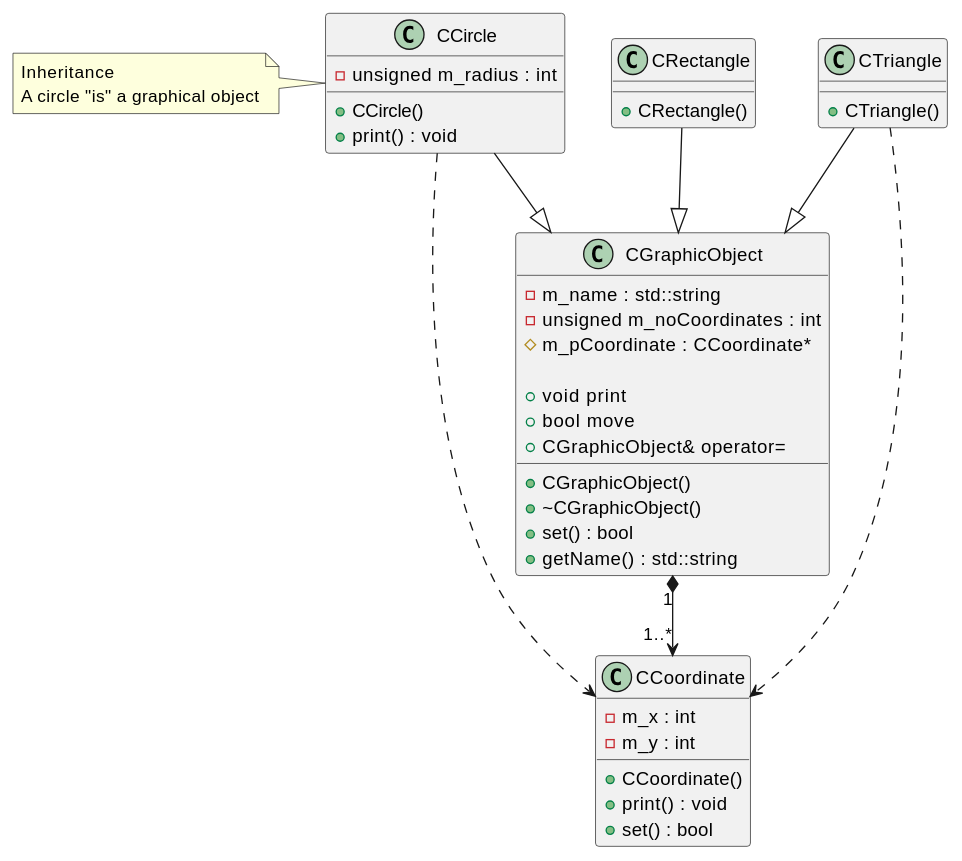
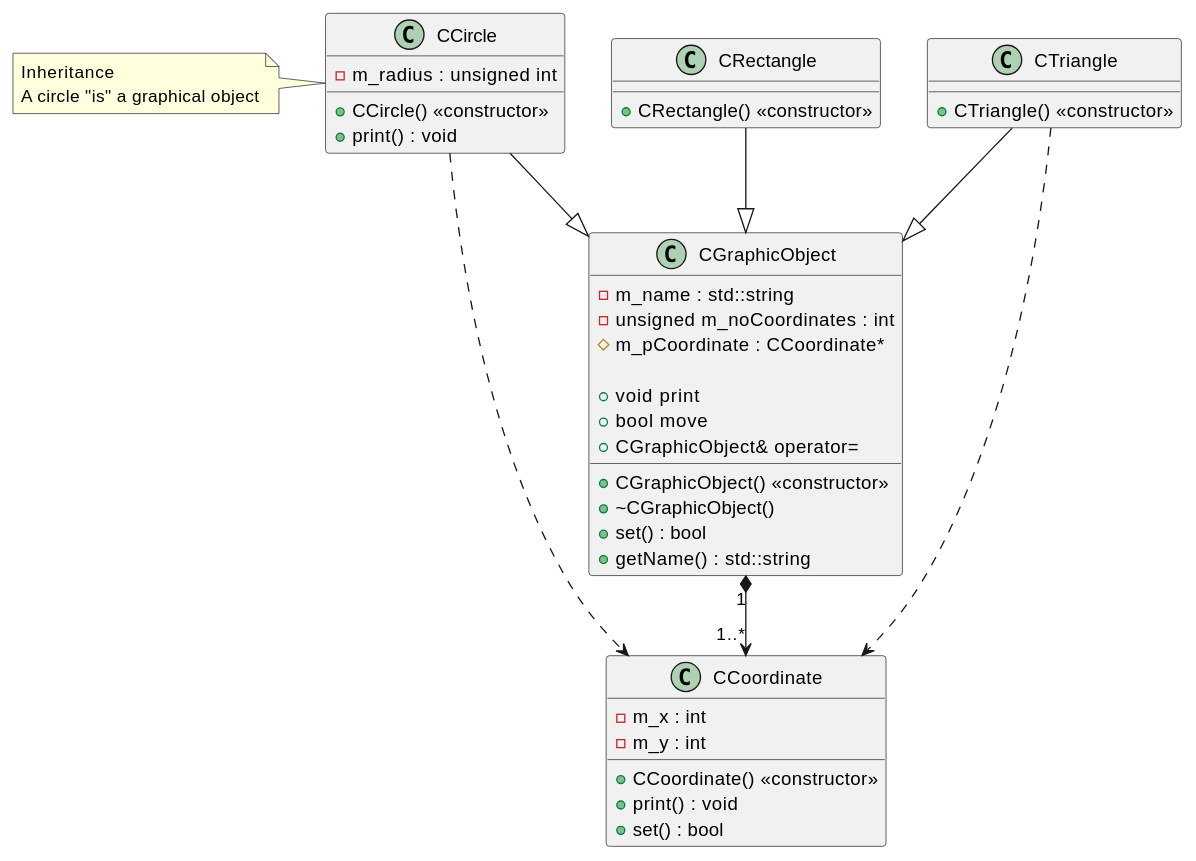
One commit to Alexander-Wilms/Advanced-Programming-Techniques changed diagram 26 of 42 in UML diagrams.md. Above: the diagram before and after it, drawn with PlantUML. The commit also changed other lines of this file and 35 other files, not shown here.

Commit message:
Further work on 'UML diagrams.md'

````diff
--- a/UML diagrams.md
+++ b/UML diagrams.md
@@ -1318,48 +1357,49 @@
 ```plantuml
 @startuml
 class CCircle {
- 	- unsigned m_radius : int
- 	+ CCircle()
+ 	-m_radius : unsigned int
+
+ 	+ CCircle() <<constructor>>
  	+ print() : void
 }
 class CRectangle {
- 	+ CRectangle()
+ 	+ CRectangle() <<constructor>>
 }
 class CTriangle {
- 	+ CTriangle()
+ 	+ CTriangle() <<constructor>>
 }
 class CGraphicObject {
  	- m_name : std::string
  	- unsigned m_noCoordinates : int
  	# m_pCoordinate : CCoordinate* 
 
- 	+ CGraphicObject()
+ 	+ CGraphicObject() <<constructor>>
  	+ ~CGraphicObject()
  	+ set() : bool
  	+ void print
  	+ bool move
  	+ CGraphicObject& operator=
  	+ getName() : std::string
 }
 class CCoordinate {
  	- m_x : int
  	- m_y : int
 
- 	+ CCoordinate()
+ 	+ CCoordinate() <<constructor>>
  	+ print() : void
  	+ set() : bool 	
 }
 
 CCircle --|> CGraphicObject
 CRectangle --|> CGraphicObject
 CTriangle --|> CGraphicObject
 
 CCircle ..> CCoordinate
 CTriangle ..> CCoordinate
 
 CGraphicObject "1"*-->"1..*" CCoordinate
 
 note left of CCircle: Inheritance\nA circle "is" a graphical object
 
 @enduml
 ```
````
